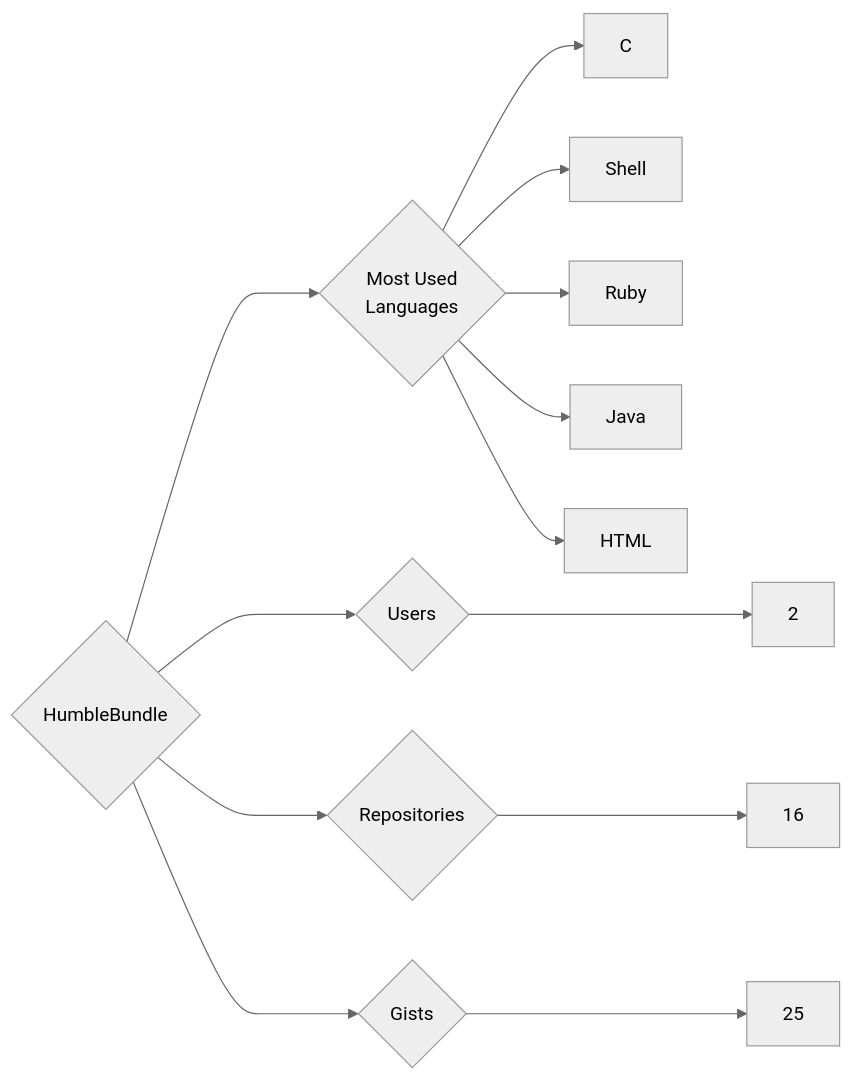
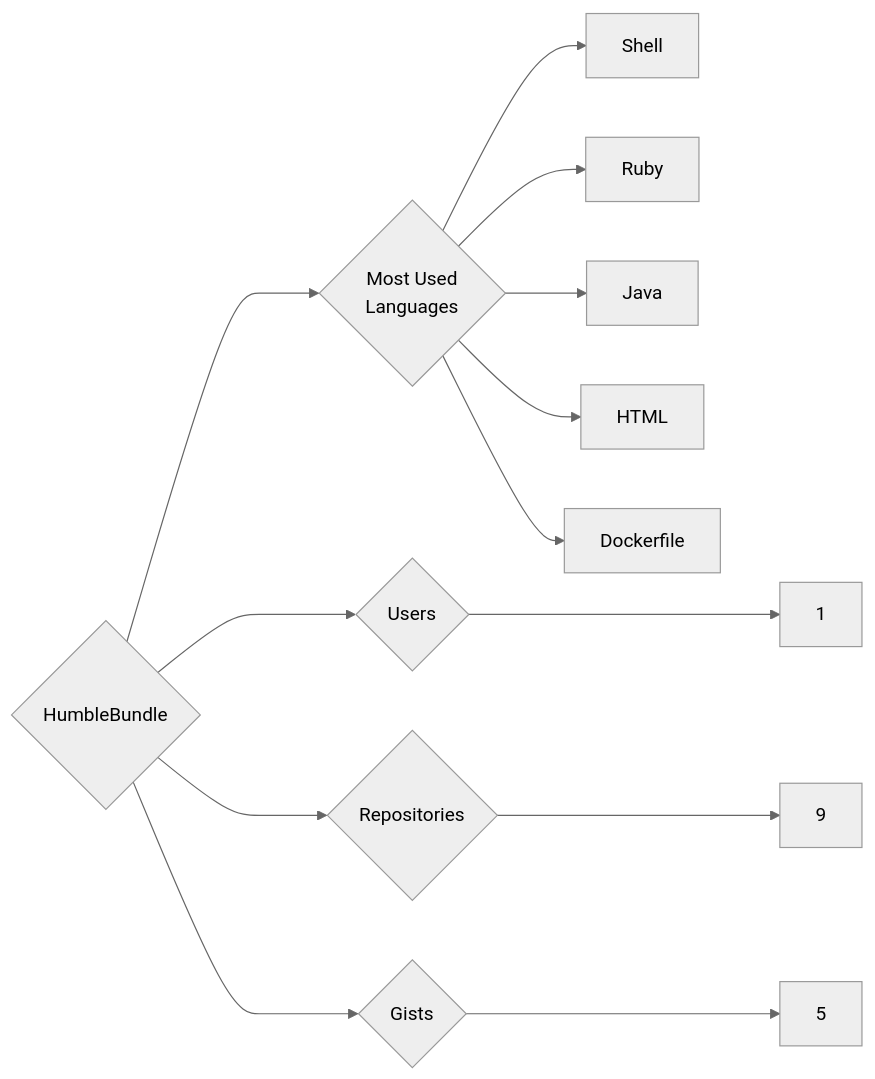
One commit to trickest/insiders changed the diagram in targets/HumbleBundle/README.md. Above: the diagram before and after it, drawn with Mermaid (neutral theme). The commit also changed 1030 other files, not shown here.

````diff
--- a/targets/HumbleBundle/README.md
+++ b/targets/HumbleBundle/README.md
@@ -3,13 +3,13 @@
 ```mermaid
 graph LR
 COMPANY_NAME{HumbleBundle}
-COMPANY_NAME ---> U{Users} ---> UN[2]
-COMPANY_NAME ---> R{Repositories} ---> RN[16]
-COMPANY_NAME ---> G{Gists} ---> GN[25]
+COMPANY_NAME ---> U{Users} ---> UN[1]
+COMPANY_NAME ---> R{Repositories} ---> RN[9]
+COMPANY_NAME ---> G{Gists} ---> GN[5]
 COMPANY_NAME ---> ML{Most Used<br>Languages}
-ML --> C[C]
 ML --> Shell[Shell]
 ML --> Ruby[Ruby]
 ML --> Java[Java]
 ML --> HTML[HTML]
+ML --> Dockerfile[Dockerfile]
 ```
````
